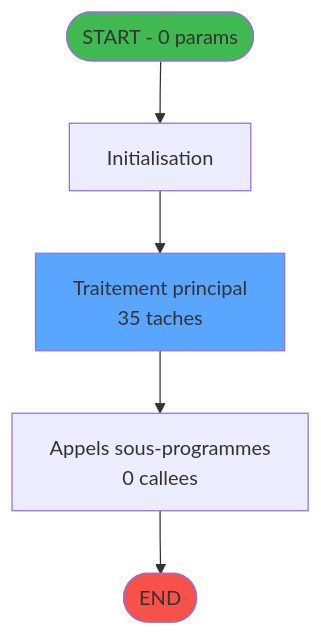
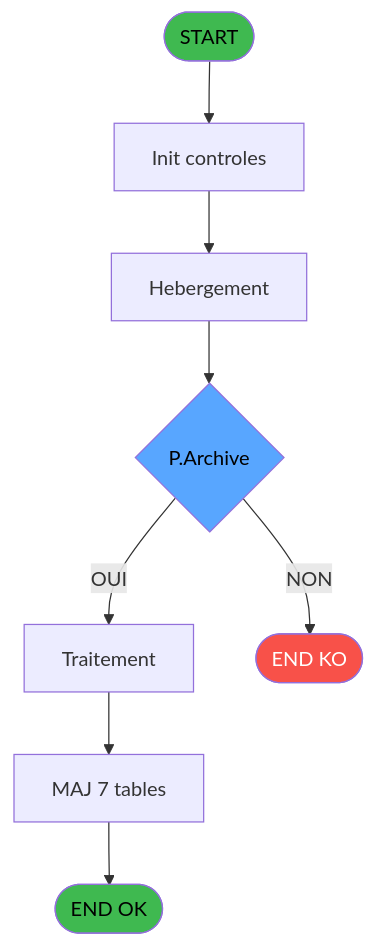
One commit to thonyAGP/magic-migration changed the second of 4 diagrams in .openspec/specs/ADH-IDE-89.md. Above: the diagram before and after it, drawn with Mermaid. The commit also changed other lines of this file and 253 other files, not shown here.

````diff
--- a/.openspec/specs/ADH-IDE-89.md
+++ b/.openspec/specs/ADH-IDE-89.md
@@ -99,14 +1917,21 @@
 ```mermaid
 flowchart TD
-    START([START - 0 params])
-    INIT["Initialisation"]
-    PROCESS["Traitement principal<br/>35 taches"]
-    CALLS["Appels sous-programmes<br/>0 callees"]
-    ENDOK([END])
+    START([START])
+    INIT[Init controles]
+    SAISIE[Hebergement]
+    DECISION{P.Archive}
+    PROCESS[Traitement]
+    UPDATE[MAJ 7 tables]
+    ENDOK([END OK])
+    ENDKO([END KO])
 
-    START --> INIT --> PROCESS --> CALLS --> ENDOK
+    START --> INIT --> SAISIE --> DECISION
+    DECISION -->|OUI| PROCESS
+    DECISION -->|NON| ENDKO
+    PROCESS --> UPDATE --> ENDOK
 
-    style START fill:#3fb950
-    style ENDOK fill:#f85149
-    style PROCESS fill:#58a6ff
+    style START fill:#3fb950,color:#000
+    style ENDOK fill:#3fb950,color:#000
+    style ENDKO fill:#f85149,color:#fff
+    style DECISION fill:#58a6ff,color:#000
 ```
````
